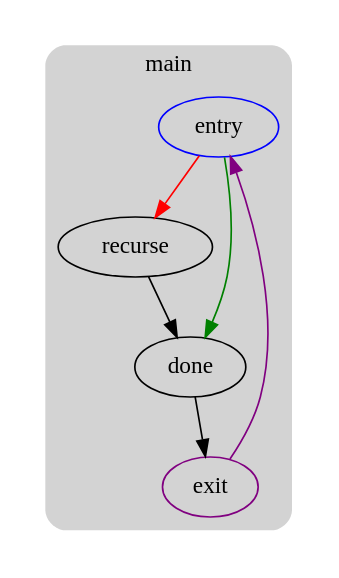
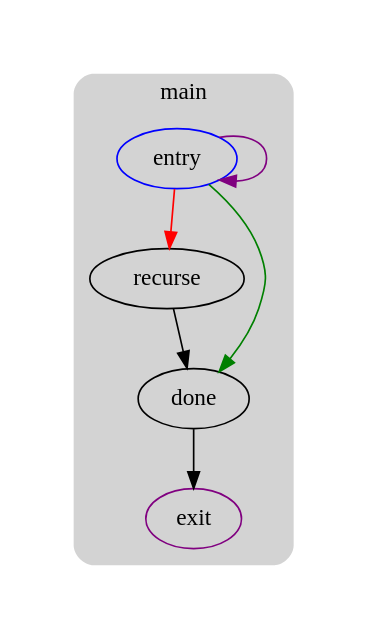
Before and after one commit to UnsignedByte/6120: the diagram in playground/recurse.cfg.dot, drawn with Graphviz. The commit also changed 76 other files, not shown here.

Commit message:
add margin around graphs

```diff
--- a/playground/recurse.cfg.dot
+++ b/playground/recurse.cfg.dot
@@ -1,21 +1,27 @@
 digraph G {
   compound=true
   subgraph cluster_ {
     peripheries=0
-    subgraph cluster_0 {
-      label="main"
-      color=darkgray
-      style=rounded
-      bgcolor=lightgray
-      cluster_0_0[label="entry",shape=oval,color=blue,rank=source]
-      cluster_0_1[label="recurse",shape=oval]
-      cluster_0_2[label="done",shape=oval]
-      cluster_0_exit[label=exit,color=purple,rank=sink]
-      cluster_0_0 -> cluster_0_2 [color=green]
-      cluster_0_0 -> cluster_0_1 [color=red]
-      cluster_0_1 -> cluster_0_2
-      cluster_0_2 -> cluster_0_exit [color=black]
+    margin=10
+    subgraph cluster_0_wrapper {
+      peripheries=0
+      margin=15
+      subgraph cluster_0 {
+        label="main"
+        color=darkgray
+        style=rounded
+        bgcolor=lightgray
+        margin=10
+        cluster_0_0[label="entry",shape=oval,color=blue,rank=source]
+        cluster_0_1[label="recurse",shape=oval]
+        cluster_0_2[label="done",shape=oval]
+        cluster_0_exit[label=exit,color=purple,rank=sink]
+        cluster_0_0 -> cluster_0_2 [color=green]
+        cluster_0_0 -> cluster_0_1 [color=red]
+        cluster_0_1 -> cluster_0_2
+        cluster_0_2 -> cluster_0_exit [color=black]
+      }
     }
-    cluster_0_exit -> cluster_0_0 [color=purple]
+    cluster_0_0 -> cluster_0_0 [color=purple,lhead=cluster_0,ltail=cluster_0]
   }
 }
```
